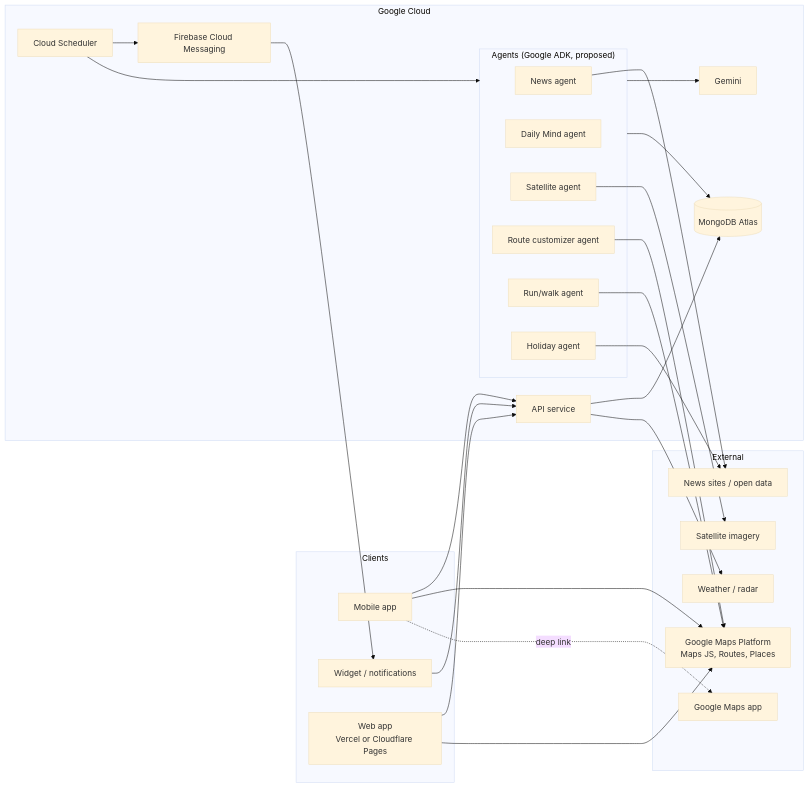
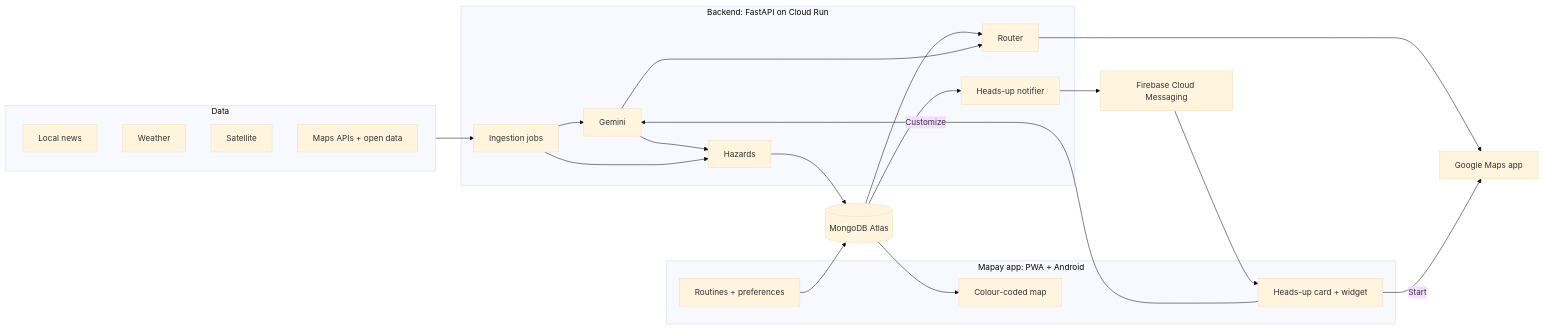
One commit to TomasPessagno/mapay changed the third of 3 diagrams in README.md. Above: the diagram before and after it, drawn with Mermaid (base theme). The commit also changed other lines of this file and 3 other files, not shown here.

First line of the commit message:
Docs: revise README, AGENTS.md and roadmap to the Sept 26 spec

````diff
--- a/README.md
+++ b/README.md
@@ -170,48 +192,38 @@
 ```mermaid
 flowchart LR
-    subgraph Clients
-        A[Mobile app]
-        W[Widget / notifications]
-        WEB[Web app<br/>Vercel or Cloudflare Pages]
+    subgraph Data
+        NEWS[Local news]
+        WX[Weather]
+        SAT[Satellite]
+        MAPS[Maps APIs + open data]
     end
 
-    subgraph Cloud["Google Cloud"]
-        API[API service]
-        DB[(MongoDB Atlas)]
-        SCHED[Cloud Scheduler]
-        PUSH[Firebase Cloud Messaging]
-        subgraph Agents["Agents (Google ADK, proposed)"]
-            NEWS[News agent]
-            MIND[Daily Mind agent]
-            SAT[Satellite agent]
-            ROUTE[Route customizer agent]
-            RUN[Run/walk agent]
-            HOL[Holiday agent]
-        end
-        LLM[Gemini]
+    subgraph Backend[Backend: FastAPI on Cloud Run]
+        ING[Ingestion jobs]
+        GEM[Gemini]
+        HAZ[Hazards]
+        ROUTER[Router]
+        NOTIF[Heads-up notifier]
     end
 
-    subgraph External
-        GMAPI[Google Maps Platform<br/>Maps JS, Routes, Places]
-        GMAPS[Google Maps app]
-        WX[Weather / radar]
-        SRC[News sites / open data]
-        IMG[Satellite imagery]
+    DB[(MongoDB Atlas)]
+
+    subgraph App[Mapay app: PWA + Android]
+        MAP[Colour-coded map]
+        ROUT[Routines + preferences]
+        CARD[Heads-up card + widget]
     end
 
-    A & WEB --> API
-    W --> API
-    API --> DB
-    SCHED --> Agents
-    SCHED --> PUSH --> W
-    Agents --> LLM
-    Agents --> DB
-    NEWS --> SRC
-    SAT --> IMG
-    HOL --> SRC
-    A & WEB --> GMAPI
-    ROUTE --> GMAPI
-    RUN --> GMAPI
-    A -. deep link .-> GMAPS
-    API --> WX
+    Data --> ING
+    ING --> GEM --> HAZ
+    ING --> HAZ
+    HAZ --> DB
+    DB --> MAP
+    ROUT --> DB
+    DB --> NOTIF --> FCM[Firebase Cloud Messaging] --> CARD
+    DB --> ROUTER
+    CARD -->|Customize| GEM
+    GEM --> ROUTER
+    ROUTER --> GMAPS[Google Maps app]
+    CARD -->|Start| GMAPS
 ```
````
